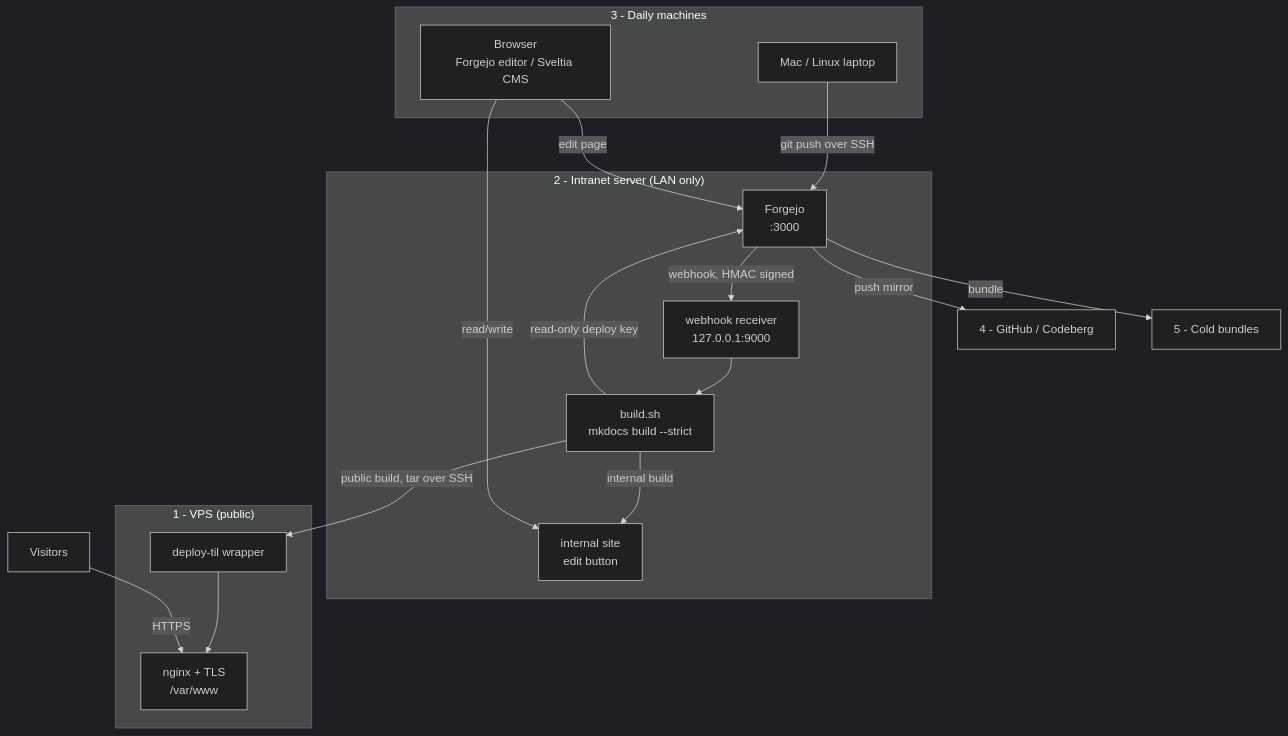
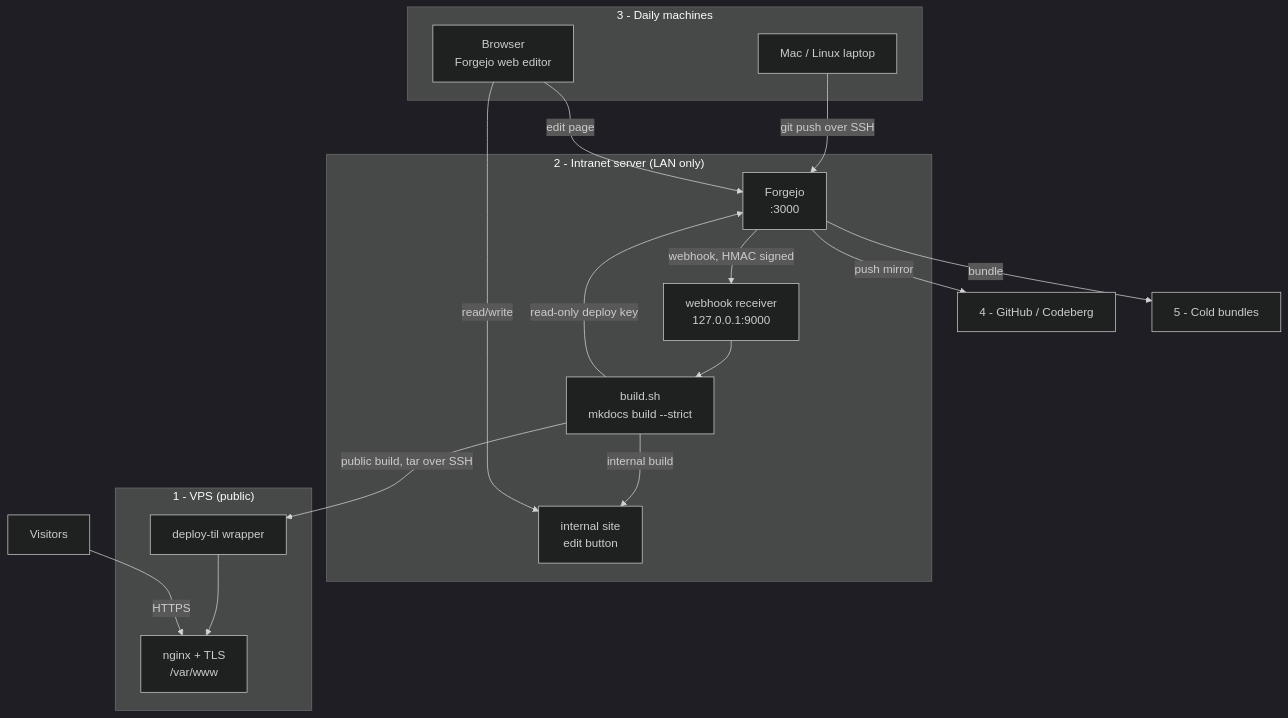
Before and after one commit to asarangaram/docs.anandas.in: the diagram in docs/content/linux-infra/til_website_setup.md, drawn with Mermaid (dark theme). The commit also changed other lines of this file and 1 other file, not shown here.

````diff
--- a/docs/content/linux-infra/til_website_setup.md
+++ b/docs/content/linux-infra/til_website_setup.md
@@ -26,35 +26,35 @@
 ```mermaid
 graph TB
     subgraph daily["3 - Daily machines"]
         laptop["Mac / Linux laptop"]
-        browser["Browser<br/>Forgejo editor / Sveltia CMS"]
+        browser["Browser<br/>Forgejo web editor"]
     end
 
     subgraph lan["2 - Intranet server (LAN only)"]
         forgejo["Forgejo<br/>:3000"]
         recv["webhook receiver<br/>127.0.0.1:9000"]
         build["build.sh<br/>mkdocs build --strict"]
         intsite["internal site<br/>edit button"]
     end
 
     subgraph vps["1 - VPS (public)"]
         deploysh["deploy-til wrapper"]
         web["nginx + TLS<br/>/var/www"]
     end
 
     remote["4 - GitHub / Codeberg"]
     cold["5 - Cold bundles"]
     visitor["Visitors"]
 
     laptop -- "git push over SSH" --> forgejo
     browser -- "edit page" --> forgejo
     forgejo -- "webhook, HMAC signed" --> recv
     recv --> build
     build -- "internal build" --> intsite
     build -- "public build, tar over SSH" --> deploysh --> web
     build -- "read-only deploy key" --> forgejo
     forgejo -- "push mirror" --> remote
     forgejo -- "bundle" --> cold
     browser -- "read/write" --> intsite
     visitor -- "HTTPS" --> web
 ```
````
